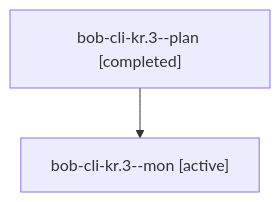
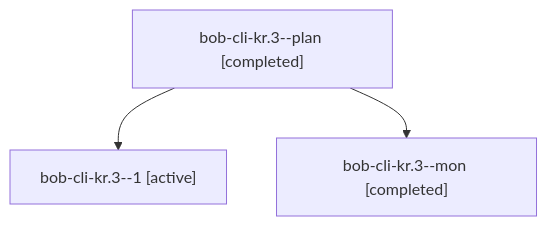
One commit to bobs-org/bob-cli--agents changed the diagram in sessions/bbugyi200.apollo.bob-cli-kr.3.md. Above: the diagram before and after it, drawn with Mermaid. The commit also changed other lines of this file and 40 other files, not shown here.

````diff
--- a/sessions/bbugyi200.apollo.bob-cli-kr.3.md
+++ b/sessions/bbugyi200.apollo.bob-cli-kr.3.md
@@ -9,6 +9,8 @@
 ```mermaid
 flowchart TD
   n0["bob-cli-kr.3--plan [completed]"]
-  n1["bob-cli-kr.3--mon [active]"]
+  n1["bob-cli-kr.3--1 [active]"]
   n0 --> n1
+  n2["bob-cli-kr.3--mon [completed]"]
+  n0 --> n2
 ```
````
